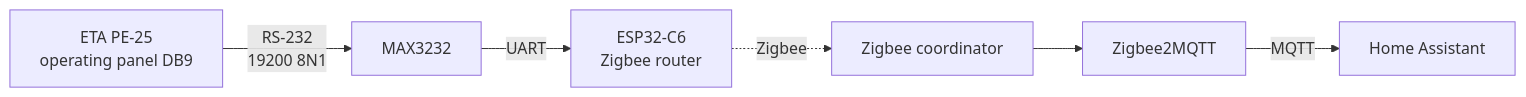
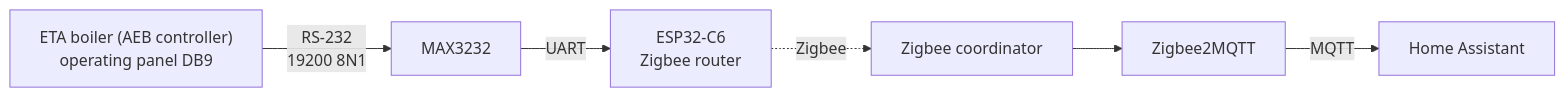
The diagram in README.md (eibach/eta-aeb-zigbee), drawn with Mermaid before and after one commit. The commit also changed other lines of this file and 2 other files, not shown here.

First line of the commit message:
Generalise name and scope to ETA AEB controllers (PE-25 verified, PE-15 expected)

````diff
--- a/README.md
+++ b/README.md
@@ -12,7 +15,7 @@
 ```mermaid
 flowchart LR
-    boiler["ETA PE-25<br/>operating panel DB9"] -- "RS-232<br/>19200 8N1" --> max["MAX3232"]
+    boiler["ETA boiler (AEB controller)<br/>operating panel DB9"] -- "RS-232<br/>19200 8N1" --> max["MAX3232"]
     max -- UART --> esp["ESP32-C6<br/>Zigbee router"]
     esp -. "Zigbee" .-> coord["Zigbee coordinator"]
     coord --> z2m["Zigbee2MQTT"] -- MQTT --> ha["Home Assistant"]
 ```
````
